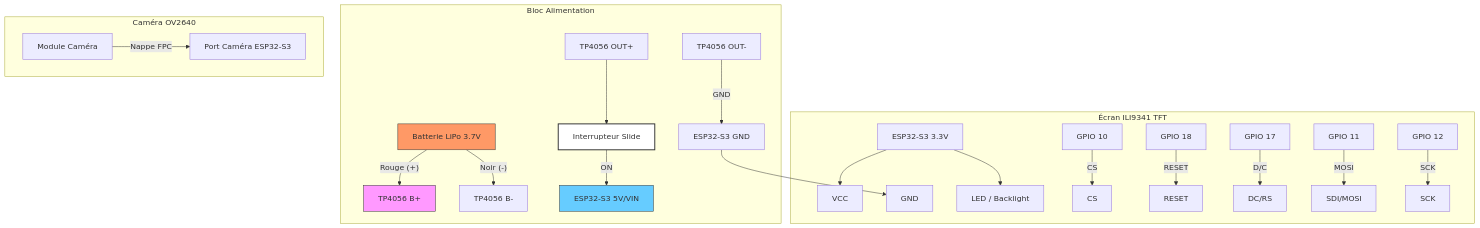
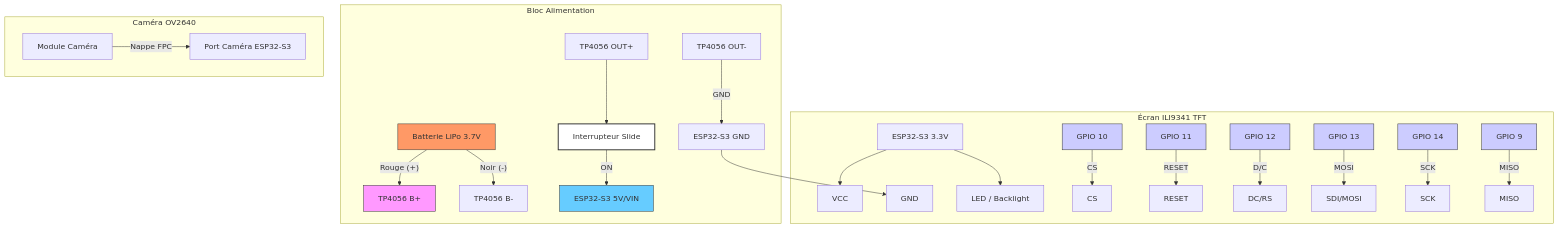
The diagram in README.md (kazeyoba/cult-of-the-lamb-eye-crown), drawn with Mermaid before and after one commit. The commit also changed other lines of this file, not shown here.

````diff
--- a/README.md
+++ b/README.md
@@ -25,35 +25,42 @@
 ```mermaid
 graph TD
     %% Alimentation et Charge
     subgraph "Bloc Alimentation"
         BATT[Batterie LiPo 3.7V] -- Rouge (+) --> TP_B_PLUS[TP4056 B+]
         BATT -- Noir (-) --> TP_B_MOINS[TP4056 B-]
         TP_OUT_MOINS[TP4056 OUT-] -- GND --> ESP_GND[ESP32-S3 GND]
         TP_OUT_PLUS[TP4056 OUT+] --> SW[Interrupteur Slide]
         SW -- ON --> ESP_5V[ESP32-S3 5V/VIN]
     end
 
     %% Connexion Caméra
     subgraph "Caméra OV2640"
         CAM[Module Caméra] -- Nappe FPC --> ESP_CAM_PORT[Port Caméra ESP32-S3]
     end
 
     %% Connexion Écran SPI
     subgraph "Écran ILI9341 TFT"
         ESP_3V3[ESP32-S3 3.3V] --> TFT_VCC[VCC]
         ESP_GND --> TFT_GND[GND]
         ESP_3V3 --> TFT_LED[LED / Backlight]
         
         ESP_GPIO10[GPIO 10] -- CS --> TFT_CS[CS]
-        ESP_GPIO18[GPIO 18] -- RESET --> TFT_RST[RESET]
-        ESP_GPIO17[GPIO 17] -- D/C --> TFT_DC[DC/RS]
-        ESP_GPIO11[GPIO 11] -- MOSI --> TFT_SDI[SDI/MOSI]
-        ESP_GPIO12[GPIO 12] -- SCK --> TFT_SCK[SCK]
+        ESP_GPIO11[GPIO 11] -- RESET --> TFT_RST[RESET]
+        ESP_GPIO12[GPIO 12] -- D/C --> TFT_DC[DC/RS]
+        ESP_GPIO13[GPIO 13] -- MOSI --> TFT_SDI[SDI/MOSI]
+        ESP_GPIO14[GPIO 14] -- SCK --> TFT_SCK[SCK]
+        ESP_GPIO9[GPIO 9] -- MISO --> TFT_MISO[MISO]
     end
 
     %% Styles
     style BATT fill:#f96,stroke:#333
     style TP_B_PLUS fill:#f9f,stroke:#333
     style SW fill:#fff,stroke:#333,stroke-width:2px
     style ESP_5V fill:#6cf,stroke:#333
+    style ESP_GPIO10 fill:#ccf,stroke:#333
+    style ESP_GPIO11 fill:#ccf,stroke:#333
+    style ESP_GPIO12 fill:#ccf,stroke:#333
+    style ESP_GPIO13 fill:#ccf,stroke:#333
+    style ESP_GPIO14 fill:#ccf,stroke:#333
+    style ESP_GPIO9 fill:#ccf,stroke:#333
 ```
````
